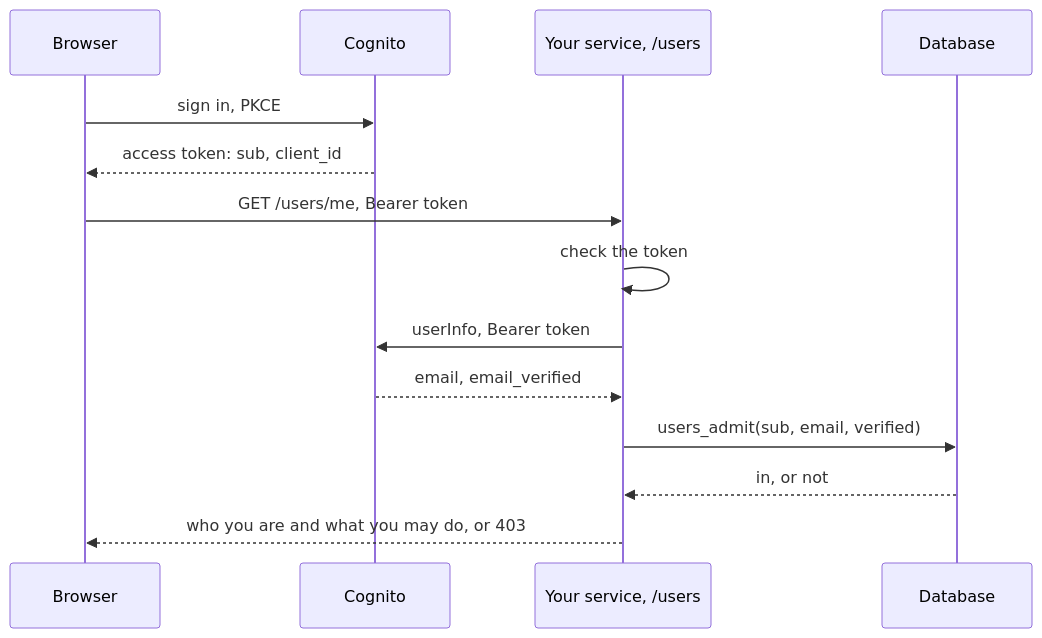
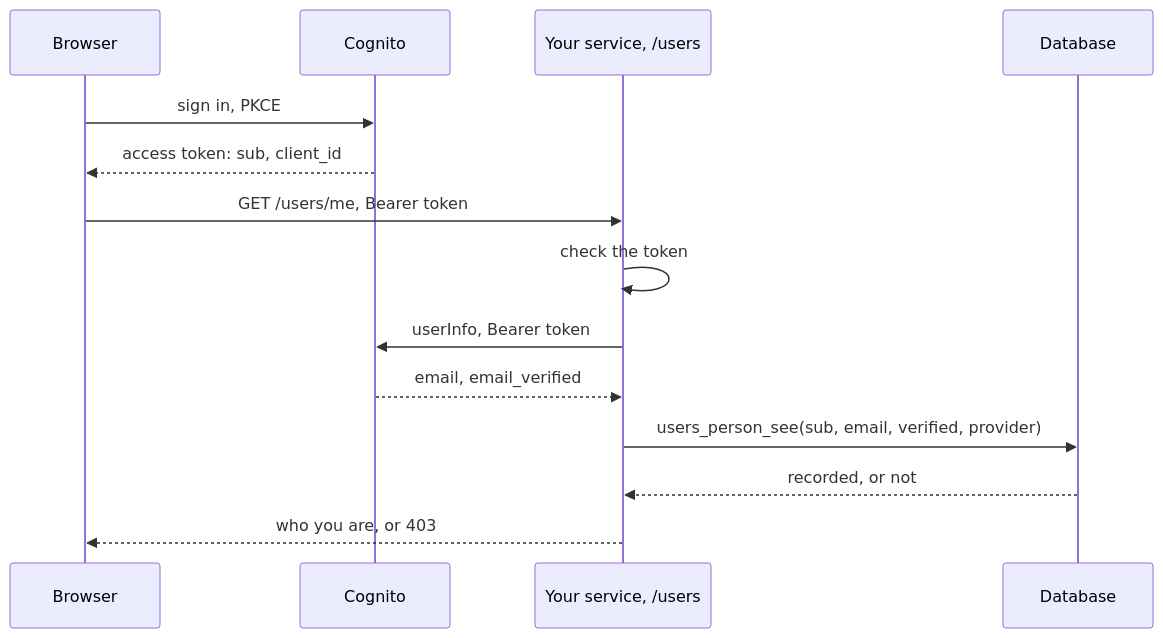
The diagram in docs/tutorials/1-authentication.md (tiet-ucs503/bug-bounty), drawn with Mermaid before and after one commit. The commit also changed other lines of this file and 18 other files, not shown here.

````diff
--- a/docs/tutorials/1-authentication.md
+++ b/docs/tutorials/1-authentication.md
@@ -54,22 +86,22 @@
 ``` mermaid
 ---
 config:
   themeVariables:
     edgeLabelBackground: "#d9eaf2"
   themeCSS: ".edgeLabel, .edgeLabel p, .labelBkg { background-color: #d9eaf2 !important; color: #5c7a8a !important; }"
 ---
 sequenceDiagram
   participant B as Browser
   participant C as Cognito
   participant U as Your service, /users
   participant D as Database
   B->>C: sign in, PKCE
   C-->>B: access token: sub, client_id
   B->>U: GET /users/me, Bearer token
   U->>U: check the token
   U->>C: userInfo, Bearer token
   C-->>U: email, email_verified
-  U->>D: users_admit(sub, email, verified)
-  D-->>U: in, or not
-  U-->>B: who you are and what you may do, or 403
+  U->>D: users_person_see(sub, email, verified, provider)
+  D-->>U: recorded, or not
+  U-->>B: who you are, or 403
 ```
````
